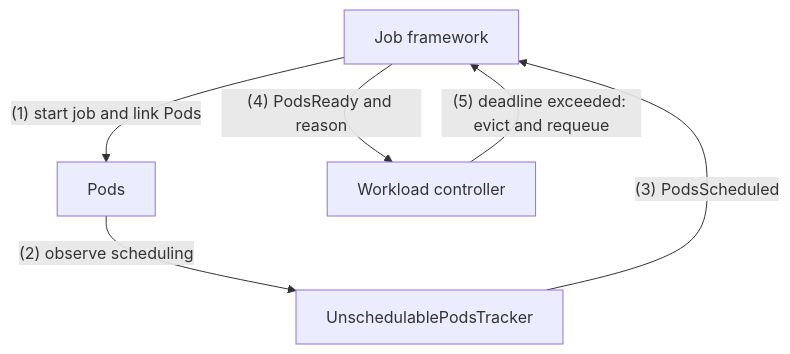
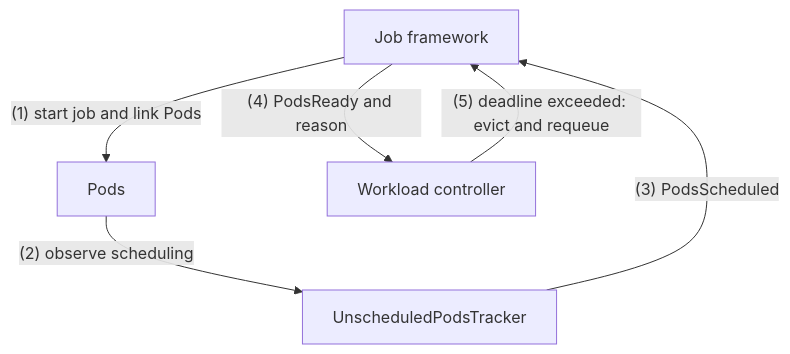
Before and after one commit to kubernetes-sigs/kueue: the first of 2 diagrams in keps/13502-unscheduled-pods-timeout/README.md, drawn with Mermaid. The commit also changed other lines of this file and 1 other file, not shown here.

````diff
--- a/keps/13502-unscheduled-pods-timeout/README.md
+++ b/keps/13502-unscheduled-pods-timeout/README.md
@@ -139,8 +142,8 @@
 ```mermaid
 graph TD
     Jobs[Job framework] -->|"(1) start job and link Pods"| Pods[Pods]
-    Pods -->|"(2) observe scheduling"| Tracker[UnschedulablePodsTracker]
+    Pods -->|"(2) observe scheduling"| Tracker[UnscheduledPodsTracker]
     Tracker -->|"(3) PodsScheduled"| Jobs
     Jobs -->|"(4) PodsReady and reason"| Workloads[Workload controller]
     Workloads -->|"(5) deadline exceeded: evict and requeue"| Jobs
 ```
````
